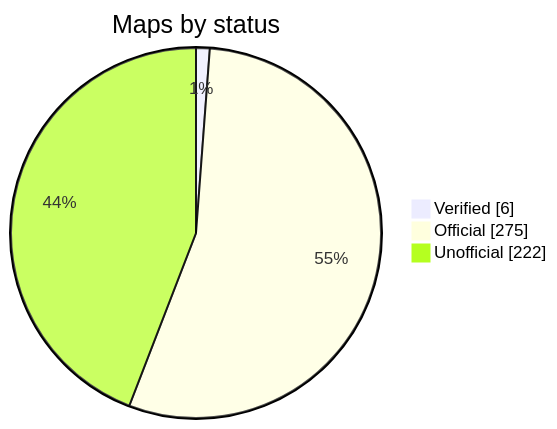
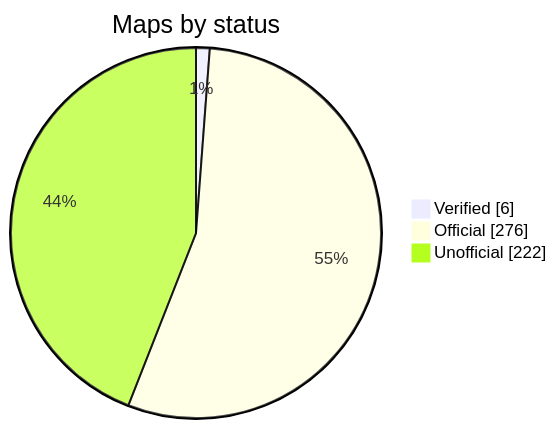
One commit to nobrega8/mbmap-library changed the diagram in README.md. Above: the diagram before and after it, drawn with Mermaid. The commit also changed 2 other files, not shown here.

Commit message:
Add the Novus N2000 map (#102)

````diff
--- a/README.md
+++ b/README.md
@@ -48,7 +48,7 @@
 ```mermaid
 pie showData
     title Maps by status
     "Verified" : 6
-    "Official" : 275
+    "Official" : 276
     "Unofficial" : 222
 ```
````
